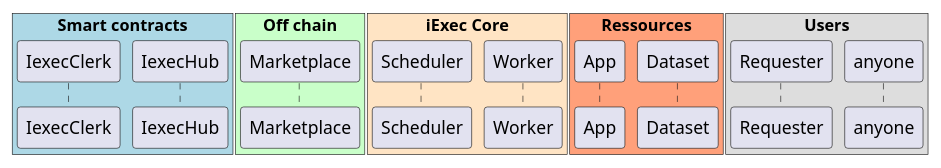
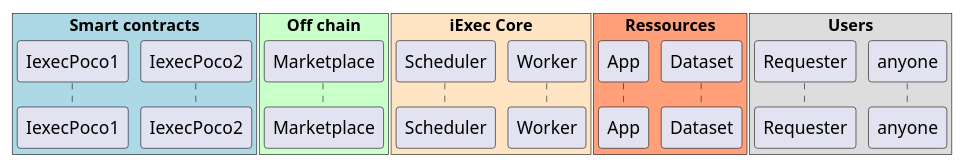
One commit to iExecBlockchainComputing/PoCo changed the diagram in uml/nominalworkflow-ODB-0-actors.puml. Above: the diagram before and after it, drawn with PlantUML. The commit also changed 6 other files, not shown here.

Commit message:
Rename IexecClerk/IexecHub to IexecPoco1/IexecPoco2 in uml dir

```diff
--- a/uml/nominalworkflow-ODB-0-actors.puml
+++ b/uml/nominalworkflow-ODB-0-actors.puml
@@ -1,31 +1,31 @@
 @startuml
 
 box "Smart contracts" #LightBlue
-	participant IexecClerk
-	participant IexecHub
+	participant IexecPoco1
+	participant IexecPoco2
 end box
 
 box "Off chain" #TECHNOLOGY
 	participant Marketplace
 end box
 
 box "iExec Core" #Bisque
 	participant Scheduler
 	participant Worker
 end box
 
 box "Ressources" #LightSalmon
 	participant App
 	participant Dataset
 end box
 
 box "Users"
 	participant Requester
 	participant anyone
 end box
 
 skinparam sequenceGroupBodyBackgroundColor transparent
 
 autonumber
 
 @enduml
```
